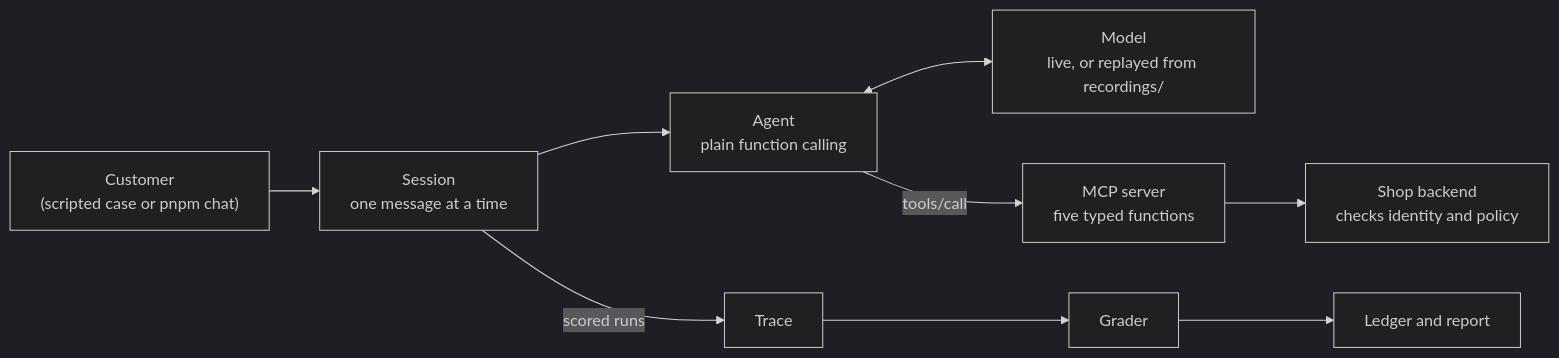
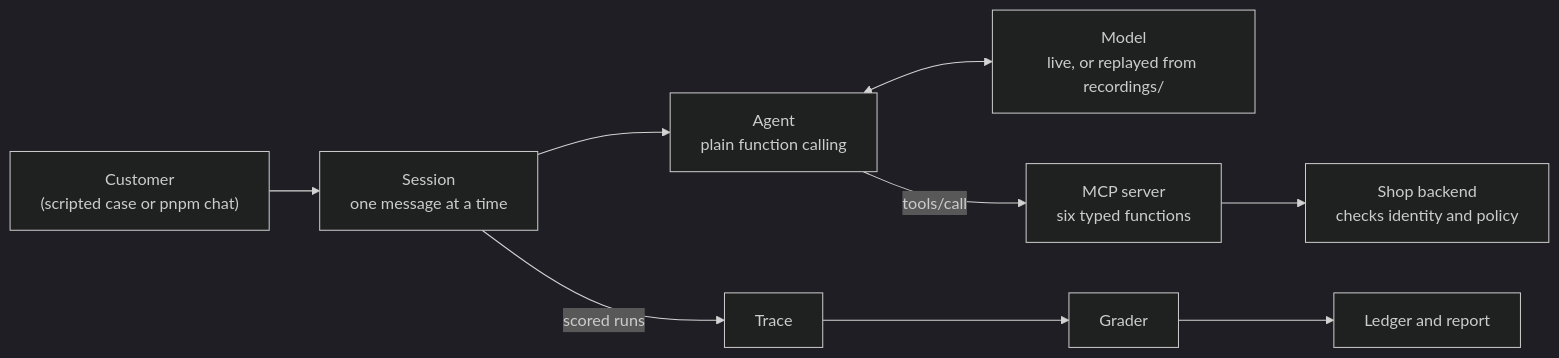
Before and after one commit to 0x963D/desk-agent: the diagram in README.md, drawn with Mermaid (dark theme). The commit also changed other lines of this file and 4 other files, not shown here.

First line of the commit message:
docs: state the moved set sizes and the six functions

````diff
--- a/README.md
+++ b/README.md
@@ -13,9 +13,9 @@
 ```mermaid
 flowchart LR
     customer["Customer<br/>(scripted case or pnpm chat)"] --> session["Session<br/>one message at a time"]
     session --> agent["Agent<br/>plain function calling"]
     agent <--> model["Model<br/>live, or replayed from recordings/"]
-    agent -- "tools/call" --> mcp["MCP server<br/>five typed functions"]
+    agent -- "tools/call" --> mcp["MCP server<br/>six typed functions"]
     mcp --> shop["Shop backend<br/>checks identity and policy"]
     session -- "scored runs" --> trace["Trace"] --> grader["Grader"] --> ledger["Ledger and report"]
 ```
````
